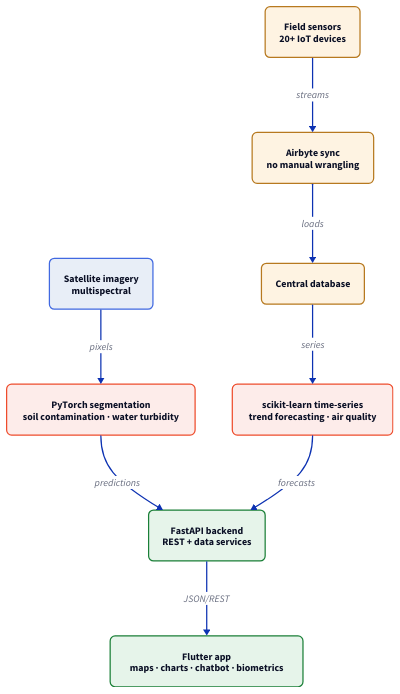
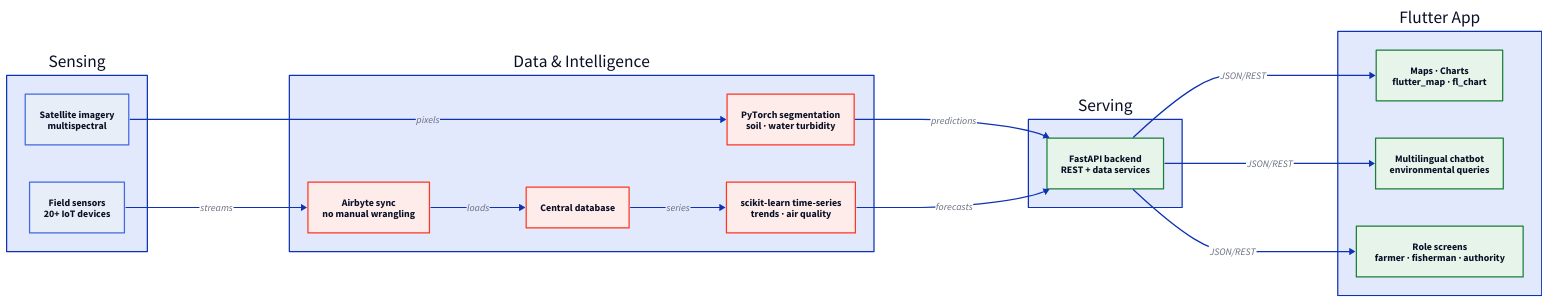
The diagram in docs/architecture.d2 (adriansalvadorekomo/KORIA), drawn with D2 before and after one commit. The commit also changed 1 other file, not shown here.

Commit message:
Docs: board-style D2 architecture matching sample design

```diff
--- a/docs/architecture.d2
+++ b/docs/architecture.d2
@@ -1,69 +1,96 @@
 # GabèsEye — system architecture (D2 source)
 # Render: d2 docs/architecture.d2 docs/architecture.svg
-# Also see docs/architecture.dot (Graphviz equivalent).
+# Also see docs/architecture.dot (Graphviz) and docs/architecture.mmd (Mermaid).
 
-direction: down
+direction: right
 
-classes: {
-  space: {
+Sensing: {
+  sat: "Satellite imagery\nmultispectral" {
     style: {
       fill: "#E8EEF7"
       stroke: "#4169E1"
-      border-radius: 8
     }
   }
-  field: {
+
+  sensors: "Field sensors\n20+ IoT devices" {
     style: {
-      fill: "#FEF3E2"
-      stroke: "#B7791F"
-      border-radius: 8
-    }
-  }
-  ml: {
-    style: {
-      fill: "#FDECEA"
-      stroke: "#EE4C2C"
-      border-radius: 8
-    }
-  }
-  serve: {
-    style: {
-      fill: "#E6F4EA"
-      stroke: "#1A7F37"
-      border-radius: 8
+      fill: "#E8EEF7"
+      stroke: "#4169E1"
     }
   }
 }
 
-sat: "Satellite imagery\nmultispectral" {
-  class: space
-}
-seg: "PyTorch segmentation\nsoil contamination · water turbidity" {
-  class: ml
-}
-sensors: "Field sensors\n20+ IoT devices" {
-  class: field
-}
-airbyte: "Airbyte sync\nno manual wrangling" {
-  class: field
-}
-db: "Central database" {
-  class: field
-}
-ts: "scikit-learn time-series\ntrend forecasting · air quality" {
-  class: ml
-}
-api: "FastAPI backend\nREST + data services" {
-  class: serve
-}
-app: "Flutter app\nmaps · charts · chatbot · biometrics" {
-  class: serve
+"Data & Intelligence": {
+  direction: right
+
+  seg: "PyTorch segmentation\nsoil · water turbidity" {
+    style: {
+      fill: "#FDECEA"
+      stroke: "#FF3621"
+    }
+  }
+
+  airbyte: "Airbyte sync\nno manual wrangling" {
+    style: {
+      fill: "#FDECEA"
+      stroke: "#FF3621"
+    }
+  }
+
+  db: "Central database" {
+    style: {
+      fill: "#FDECEA"
+      stroke: "#FF3621"
+    }
+  }
+
+  ts: "scikit-learn time-series\ntrends · air quality" {
+    style: {
+      fill: "#FDECEA"
+      stroke: "#FF3621"
+    }
+  }
+
+  airbyte -> db: loads
+  db -> ts: series
 }
 
-sat -> seg: pixels
-sensors -> airbyte: streams
-airbyte -> db: loads
-seg -> api: predictions
-db -> ts: series
-ts -> api: forecasts
-api -> app: JSON/REST
+Serving: {
+  api: "FastAPI backend\nREST + data services" {
+    style: {
+      fill: "#E6F4EA"
+      stroke: "#1A7F37"
+    }
+  }
+}
+
+"Flutter App": {
+  maps: "Maps · Charts\nflutter_map · fl_chart" {
+    style: {
+      fill: "#E6F4EA"
+      stroke: "#1A7F37"
+    }
+  }
+
+  chatbot: "Multilingual chatbot\nenvironmental queries" {
+    style: {
+      fill: "#E6F4EA"
+      stroke: "#1A7F37"
+    }
+  }
+
+  roles: "Role screens\nfarmer · fisherman · authority" {
+    style: {
+      fill: "#E6F4EA"
+      stroke: "#1A7F37"
+    }
+  }
+}
+
+Sensing.sat -> "Data & Intelligence".seg: pixels
+Sensing.sensors -> "Data & Intelligence".airbyte: streams
+"Data & Intelligence".seg -> Serving.api: predictions
+"Data & Intelligence".ts -> Serving.api: forecasts
+Serving.api -> "Flutter App".maps: JSON/REST
+Serving.api -> "Flutter App".chatbot: JSON/REST
+Serving.api -> "Flutter App".roles: JSON/REST
```
